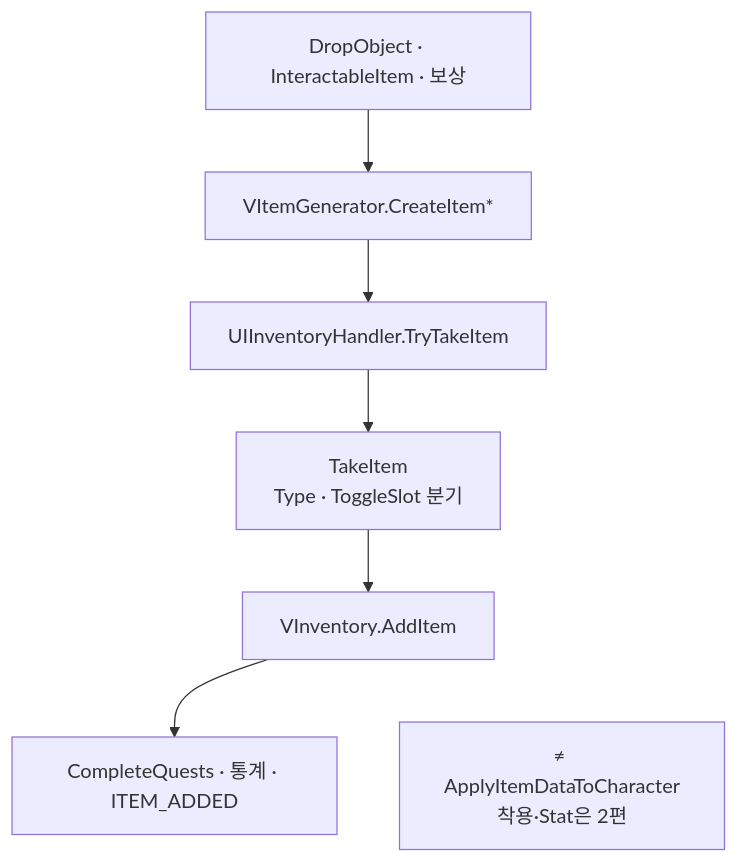
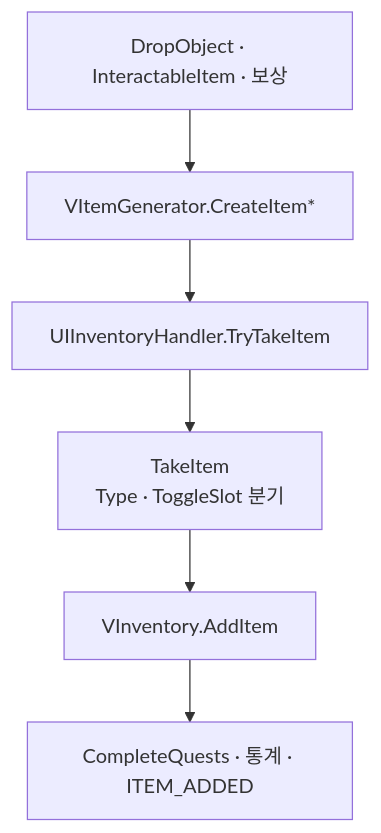
One commit to monet5379/monet5379.github.io changed the diagram in notes/dragon-inventory-store.md. Above: the diagram before and after it, drawn with Mermaid. The commit also changed other lines of this file and 24 other files, not shown here.

Commit message:
콘텐츠(notes): project 목록 FM과 복수 증명·Mermaid·회고 슬롯을 맞춥니다.

````diff
--- a/notes/dragon-inventory-store.md
+++ b/notes/dragon-inventory-store.md
@@ -83,11 +74,8 @@
 ```mermaid
 flowchart TD
   W["DropObject · InteractableItem · 보상"] --> G["VItemGenerator.CreateItem*"]
   G --> T["UIInventoryHandler.TryTakeItem"]
   T --> TK["TakeItem<br/>Type · ToggleSlot 분기"]
   TK --> AD["VInventory.AddItem"]
   AD --> E["CompleteQuests · 통계 · ITEM_ADDED"]
-
-  NOTE["≠ ApplyItemDataToCharacter<br/>착용·Stat은 2편"]
-  AD ~~~ NOTE
 ```
````
